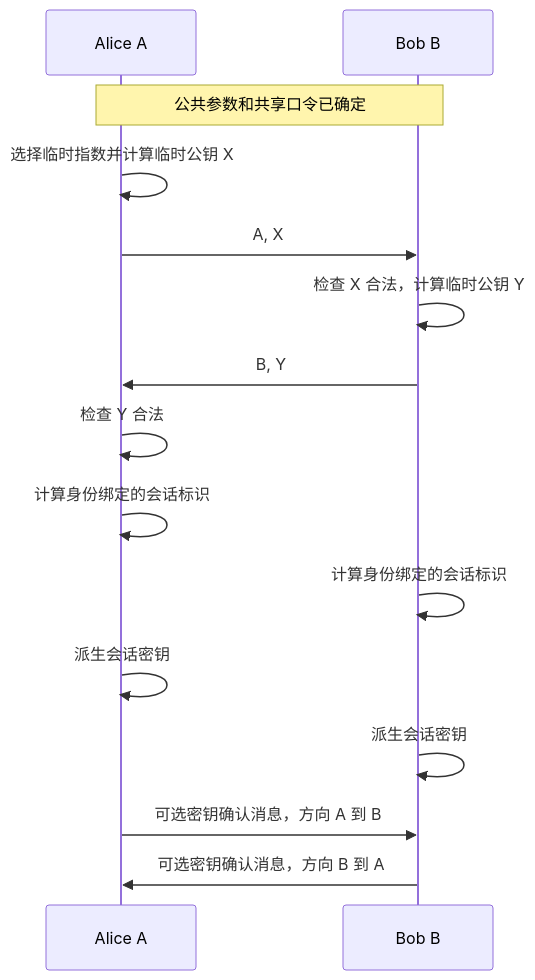
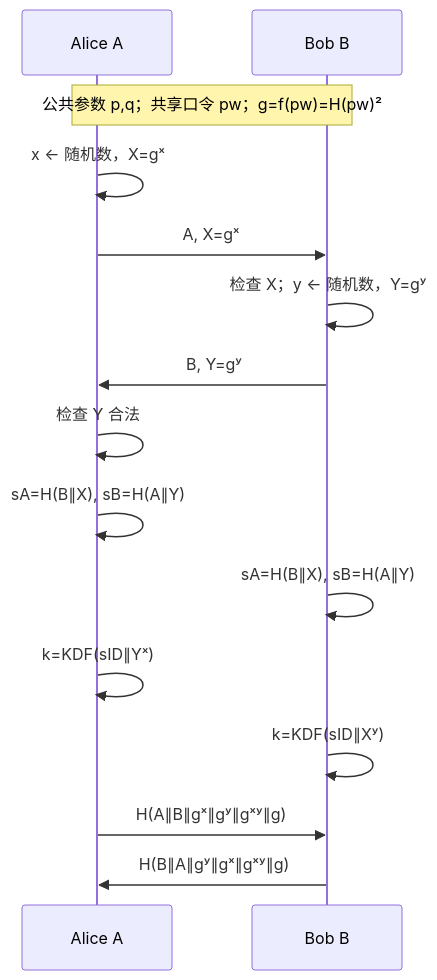
Before and after one commit to 22mouseok-crypto/obsidian-vault: diagram 12 of 21 in 大三下/密码协议/密码协议期末复习-Obsidian视觉版.md, drawn with Mermaid. The commit also changed other lines of this file, not shown here.

````diff
--- a/大三下/密码协议/密码协议期末复习-Obsidian视觉版.md
+++ b/大三下/密码协议/密码协议期末复习-Obsidian视觉版.md
@@ -445,18 +445,18 @@
 ```mermaid
 sequenceDiagram
     participant A as Alice A
     participant B as Bob B
 
-    Note over A,B: 公共参数和共享口令已确定
-    A->>A: 选择临时指数并计算临时公钥 X
-    A->>B: A, X
-    B->>B: 检查 X 合法，计算临时公钥 Y
-    B->>A: B, Y
+    Note over A,B: 公共参数 p,q；共享口令 pw；g=f(pw)=H(pw)²
+    A->>A: x ← 随机数，X=gˣ
+    A->>B: A, X=gˣ
+    B->>B: 检查 X；y ← 随机数，Y=gʸ
+    B->>A: B, Y=gʸ
     A->>A: 检查 Y 合法
-    A->>A: 计算身份绑定的会话标识
-    B->>B: 计算身份绑定的会话标识
-    A->>A: 派生会话密钥
-    B->>B: 派生会话密钥
-    A->>B: 可选密钥确认消息，方向 A 到 B
-    B->>A: 可选密钥确认消息，方向 B 到 A
+    A->>A: sA=H(B∥X), sB=H(A∥Y)
+    B->>B: sA=H(B∥X), sB=H(A∥Y)
+    A->>A: k=KDF(sID∥Yˣ)
+    B->>B: k=KDF(sID∥Xʸ)
+    A->>B: H(A∥B∥gˣ∥gʸ∥gˣʸ∥g)
+    B->>A: H(B∥A∥gʸ∥gˣ∥gˣʸ∥g)
 ```
````
